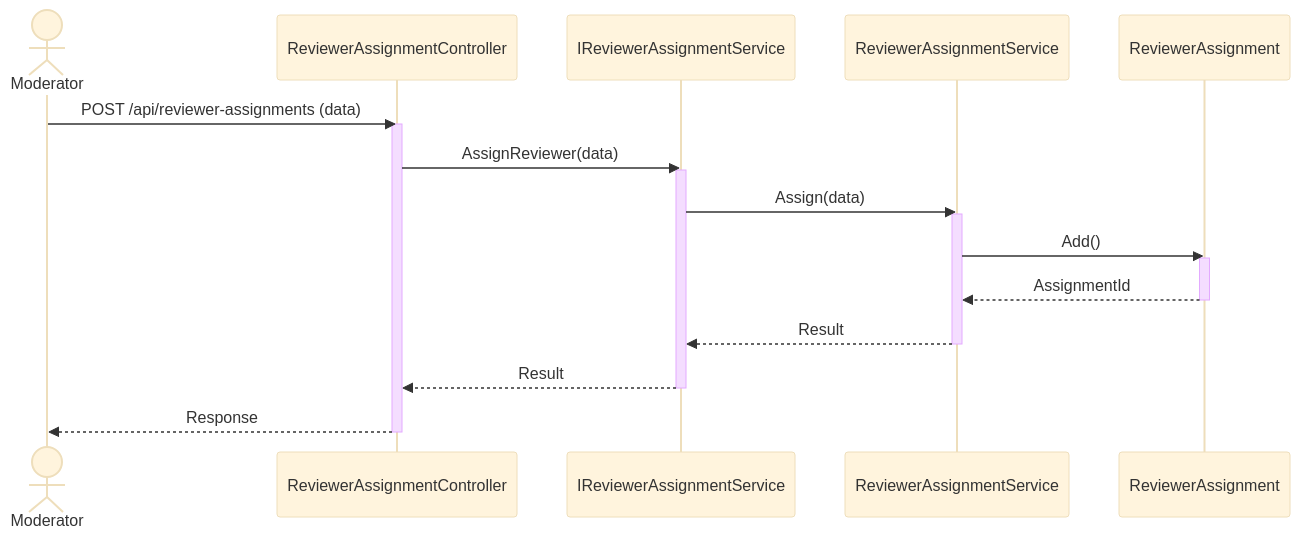
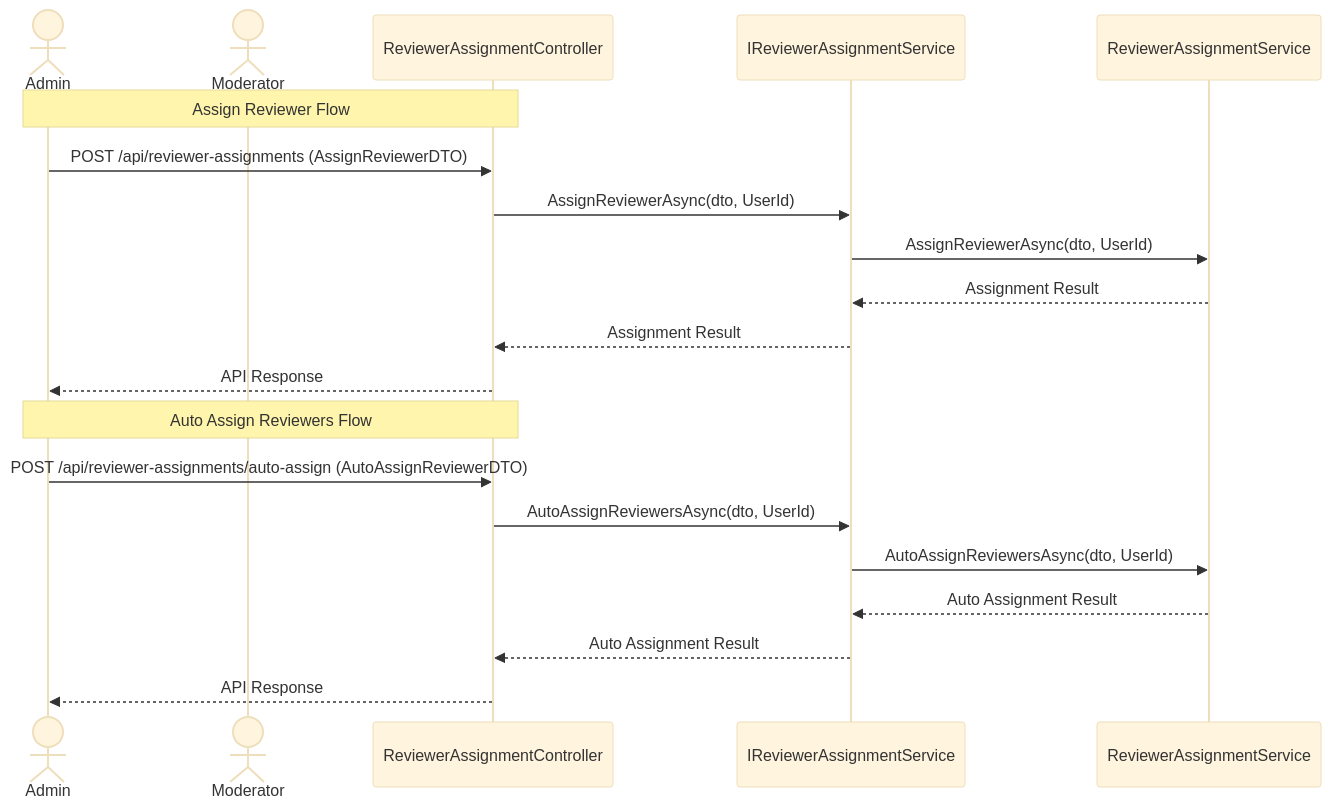
The diagram in Diagram/08_ReviewerAssignment/sequence.mermaid (CapBotAI/CBAI_API), drawn with Mermaid (base theme) before and after one commit. The commit also changed 10 other files, not shown here.

Commit message:
Refactor diagrams for TopicVersion, Submission, ReviewerSuggestion, ReviewerAssignment, and Review modules

```diff
--- a/Diagram/08_ReviewerAssignment/sequence.mermaid
+++ b/Diagram/08_ReviewerAssignment/sequence.mermaid
@@ -1,23 +1,22 @@
 sequenceDiagram
+    actor Admin
     actor Moderator
     participant ReviewerAssignmentController
     participant IReviewerAssignmentService
     participant ReviewerAssignmentService
-    participant ReviewerAssignment
 
-    Moderator->>ReviewerAssignmentController: POST /api/reviewer-assignments (data)
-    activate ReviewerAssignmentController
-    ReviewerAssignmentController->>IReviewerAssignmentService: AssignReviewer(data)
-    activate IReviewerAssignmentService
-    IReviewerAssignmentService->>ReviewerAssignmentService: Assign(data)
-    activate ReviewerAssignmentService
-    ReviewerAssignmentService->>ReviewerAssignment: Add()
-    activate ReviewerAssignment
-    ReviewerAssignment-->>ReviewerAssignmentService: AssignmentId
-    deactivate ReviewerAssignment
-    ReviewerAssignmentService-->>IReviewerAssignmentService: Result
-    deactivate ReviewerAssignmentService
-    IReviewerAssignmentService-->>ReviewerAssignmentController: Result
-    deactivate IReviewerAssignmentService
-    ReviewerAssignmentController-->>Moderator: Response
-    deactivate ReviewerAssignmentController
+    Note over Admin, ReviewerAssignmentController: Assign Reviewer Flow
+    Admin->>ReviewerAssignmentController: POST /api/reviewer-assignments (AssignReviewerDTO)
+    ReviewerAssignmentController->>IReviewerAssignmentService: AssignReviewerAsync(dto, UserId)
+    IReviewerAssignmentService->>ReviewerAssignmentService: AssignReviewerAsync(dto, UserId)
+    ReviewerAssignmentService-->>IReviewerAssignmentService: Assignment Result
+    IReviewerAssignmentService-->>ReviewerAssignmentController: Assignment Result
+    ReviewerAssignmentController-->>Admin: API Response
+
+    Note over Admin, ReviewerAssignmentController: Auto Assign Reviewers Flow
+    Admin->>ReviewerAssignmentController: POST /api/reviewer-assignments/auto-assign (AutoAssignReviewerDTO)
+    ReviewerAssignmentController->>IReviewerAssignmentService: AutoAssignReviewersAsync(dto, UserId)
+    IReviewerAssignmentService->>ReviewerAssignmentService: AutoAssignReviewersAsync(dto, UserId)
+    ReviewerAssignmentService-->>IReviewerAssignmentService: Auto Assignment Result
+    IReviewerAssignmentService-->>ReviewerAssignmentController: Auto Assignment Result
+    ReviewerAssignmentController-->>Admin: API Response
```
